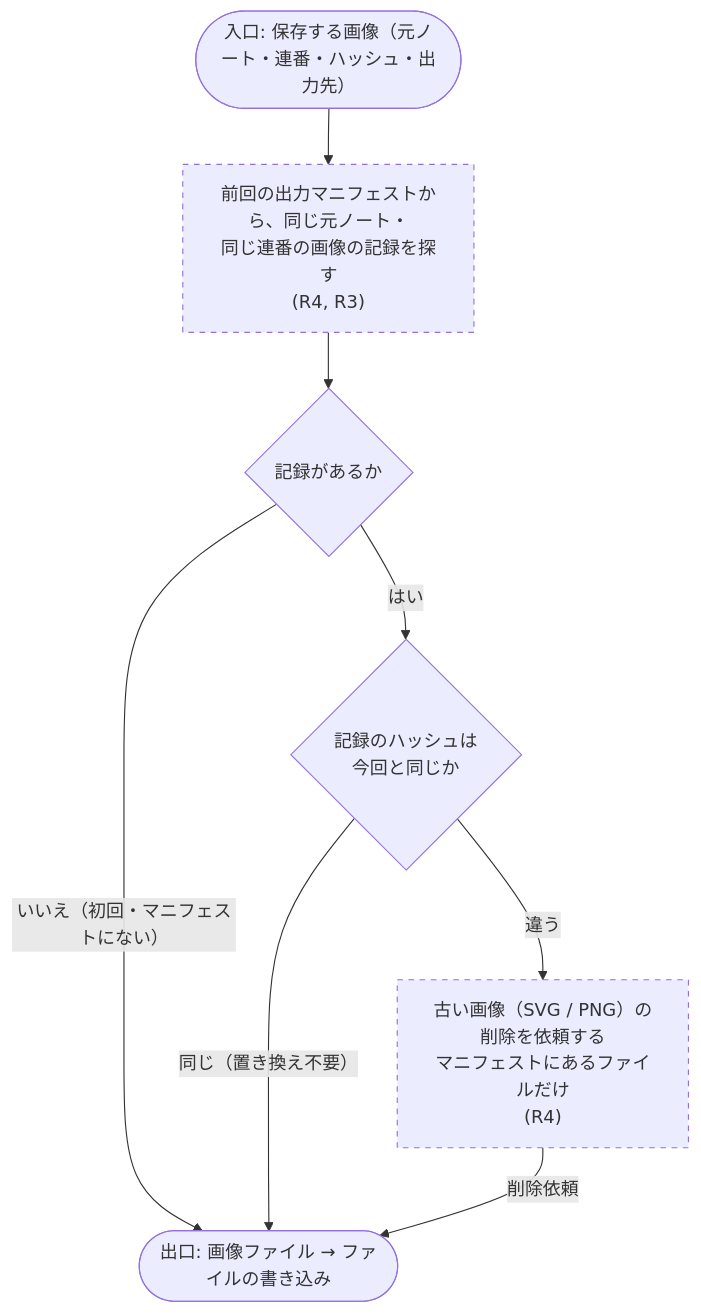
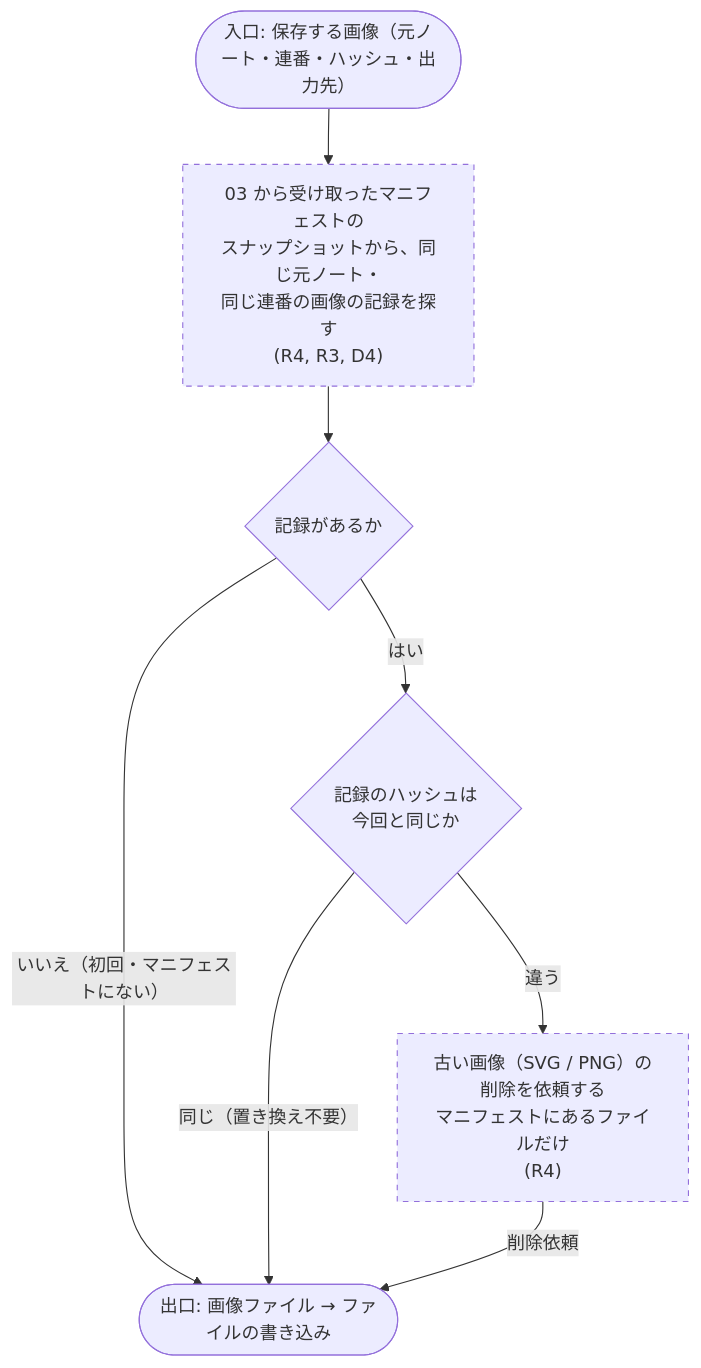
Before and after one commit to rakko1133/obsidian-md-to-office: the fourth of 4 diagrams in docs/flows/06-mermaid-image.md, drawn with Mermaid. The commit also changed other lines of this file and 9 other files, not shown here.

First line of the commit message:
docs: 10 本のフロー図を境界の決定に合わせて修正 (R3, R8)

````diff
--- a/docs/flows/06-mermaid-image.md
+++ b/docs/flows/06-mermaid-image.md
@@ -138,18 +145,18 @@
 ```mermaid
 flowchart TD
   CIn(["入口: 保存する画像（元ノート・連番・ハッシュ・出力先）"])
-  CLook["前回の出力マニフェストから、同じ元ノート・<br/>同じ連番の画像の記録を探す<br/>(R4, R3)"]:::undecided
+  CLook["03 から受け取ったマニフェストの<br/>スナップショットから、同じ元ノート・<br/>同じ連番の画像の記録を探す<br/>(R4, R3, D4)"]:::undecided
   CFound{"記録があるか"}
   CSame{"記録のハッシュは<br/>今回と同じか"}
   CDel["古い画像（SVG / PNG）の削除を依頼する<br/>マニフェストにあるファイルだけ<br/>(R4)"]:::undecided
   COut(["出口: 画像ファイル → ファイルの書き込み"])
 
   CIn --> CLook --> CFound
   CFound -->|"いいえ（初回・マニフェストにない）"| COut
   CFound -->|"はい"| CSame
   CSame -->|"同じ（置き換え不要）"| COut
   CSame -->|"違う"| CDel
   CDel -->|"削除依頼"| COut
 
   classDef undecided stroke-dasharray: 5 5
 ```
````
